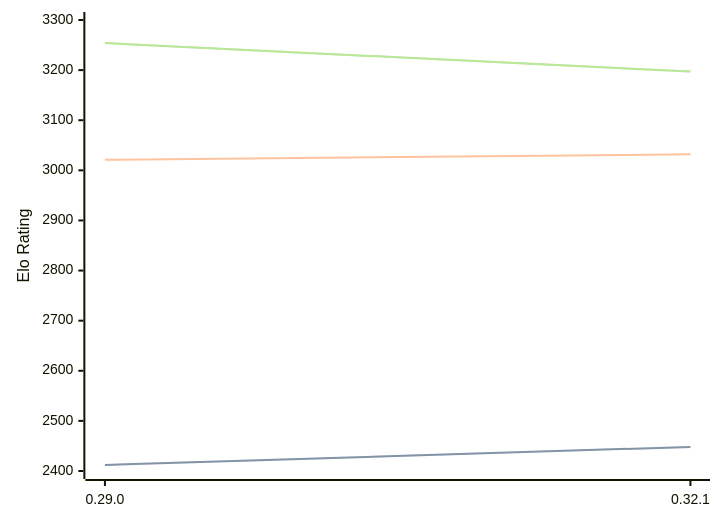
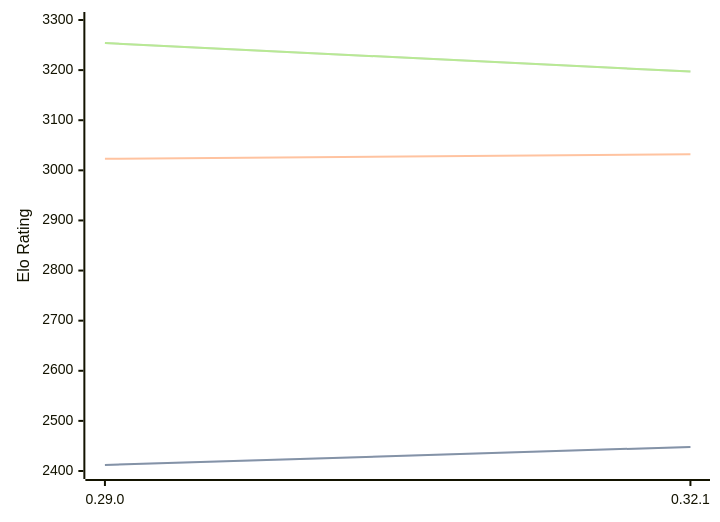
One commit to computer-chess-index/cci changed the diagram in engines/Lc0.md. Above: the diagram before and after it, drawn with Mermaid. The commit also changed other lines of this file, not shown here.

````diff
--- a/engines/Lc0.md
+++ b/engines/Lc0.md
@@ -68,11 +68,11 @@
 ```mermaid
 %%{init: {"theme":"base","themeVariables":{"seriesColors:['#a3a3a3','#222221','#faa371']}}}%%
 xychart-beta
   x-axis ["0.29.0", "0.32.1"]
   y-axis "Elo Rating" 2400 --> 3300
   line "STC (8.0+0.08s)" [2412, 2448]
   line "STC (8.0+0.08s)" [2412, 2448]
-  line "LTC (60.0+0.60s)" [3021, 3032]
+  line "LTC (60.0+0.60s)" [3023, 3032]
   line "VLTC (2m24s+1.12s)" [3254, 3197]
   line "VLTC (2m24s+1.12s)" [3254, 3197]
 ```
````
